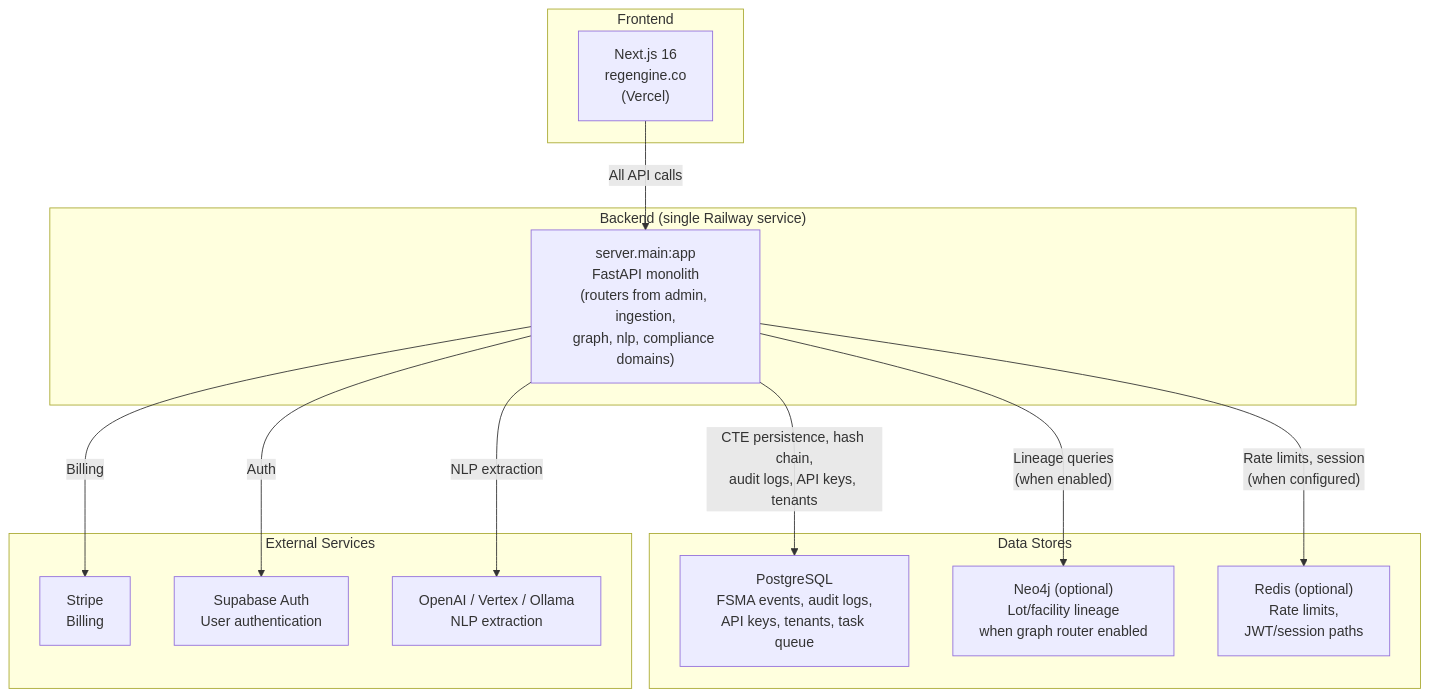
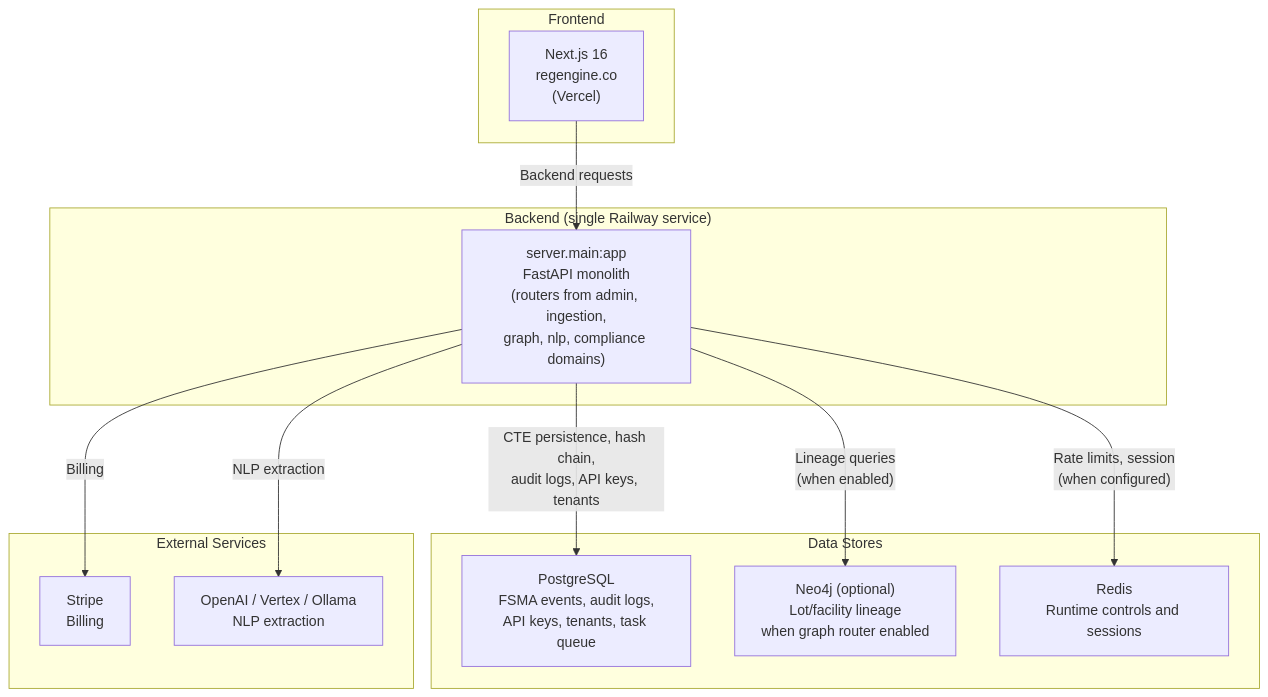
The diagram in docs/architecture/ARCHITECTURE.md (regengine/RegEngine), drawn with Mermaid before and after one commit. The commit also changed other lines of this file and 46 other files, not shown here.

````diff
--- a/docs/architecture/ARCHITECTURE.md
+++ b/docs/architecture/ARCHITECTURE.md
@@ -24,32 +24,30 @@
 ```mermaid
 graph TB
     subgraph "Frontend"
         FE["Next.js 16<br/>regengine.co<br/>(Vercel)"]
     end
 
     subgraph "Backend (single Railway service)"
         MONOLITH["server.main:app<br/>FastAPI monolith<br/>(routers from admin, ingestion,<br/>graph, nlp, compliance domains)"]
     end
 
     subgraph "Data Stores"
         PG["PostgreSQL<br/>FSMA events, audit logs,<br/>API keys, tenants, task queue"]
         NEO["Neo4j (optional)<br/>Lot/facility lineage<br/>when graph router enabled"]
-        REDIS["Redis (optional)<br/>Rate limits,<br/>JWT/session paths"]
+        REDIS["Redis<br/>Runtime controls and sessions"]
     end
 
     subgraph "External Services"
         STRIPE["Stripe<br/>Billing"]
-        SUPA["Supabase Auth<br/>User authentication"]
         AI["OpenAI / Vertex / Ollama<br/>NLP extraction"]
     end
 
-    FE -->|"All API calls"| MONOLITH
+    FE -->|"Backend requests"| MONOLITH
 
     MONOLITH -->|"CTE persistence, hash chain,<br/>audit logs, API keys, tenants"| PG
     MONOLITH -->|"Lineage queries<br/>(when enabled)"| NEO
     MONOLITH -->|"Rate limits, session<br/>(when configured)"| REDIS
 
     MONOLITH -->|"Billing"| STRIPE
-    MONOLITH -->|"Auth"| SUPA
     MONOLITH -->|"NLP extraction"| AI
 ```
````
